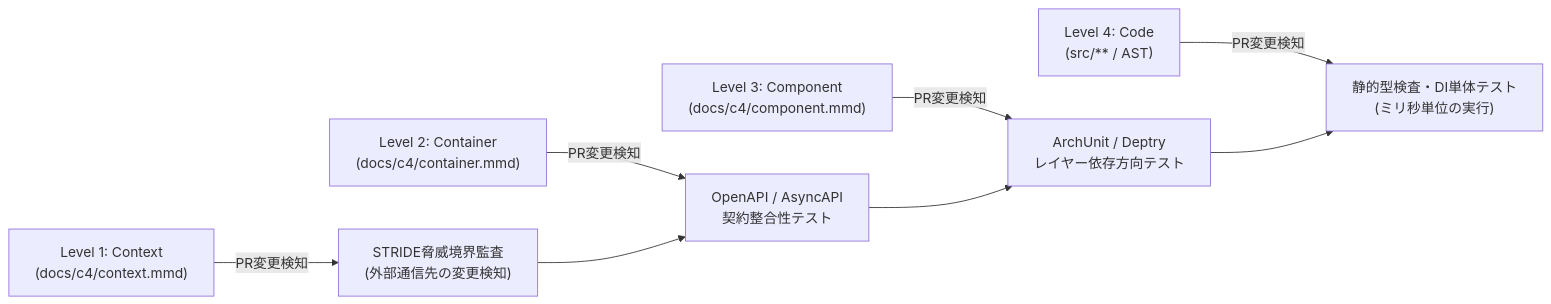
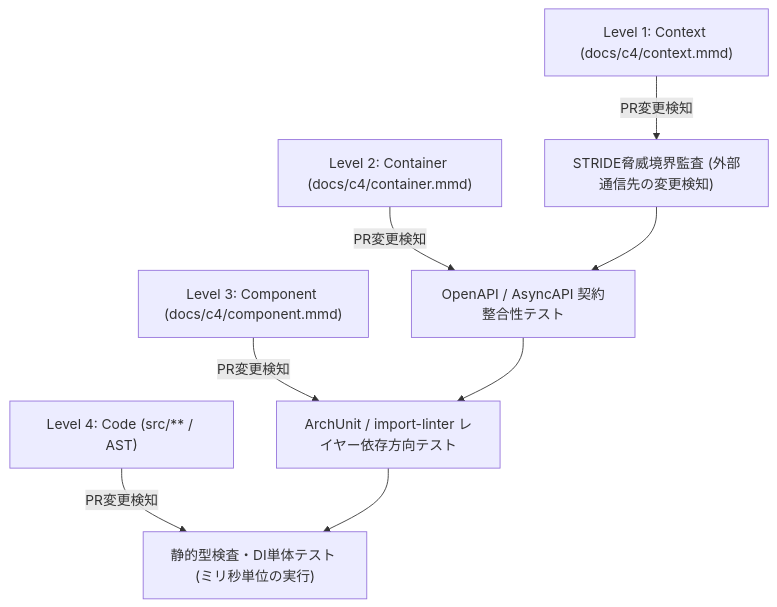
Before and after one commit to AnaharaYasuo/product-quality-management-book: the second of 3 diagrams in manuscript/06_chapter6.md, drawn with Mermaid. The commit also changed other lines of this file and 32 other files, not shown here.

````diff
--- a/manuscript/06_chapter6.md
+++ b/manuscript/06_chapter6.md
@@ -34,8 +34,8 @@
 ```mermaid
-flowchart LR
-    C1["Level 1: Context<br>(docs/c4/context.mmd)"] -->|PR変更検知| CI1["STRIDE脅威境界監査<br>(外部通信先の変更検知)"]
-    C2["Level 2: Container<br>(docs/c4/container.mmd)"] -->|PR変更検知| CI2["OpenAPI / AsyncAPI<br>契約整合性テスト"]
-    C3["Level 3: Component<br>(docs/c4/component.mmd)"] -->|PR変更検知| CI3["ArchUnit / Deptry<br>レイヤー依存方向テスト"]
-    C4_L["Level 4: Code<br>(src/** / AST)"] -->|PR変更検知| CI4["静的型検査・DI単体テスト<br>(ミリ秒単位の実行)"]
-    CI1 -->CI2 --> CI3 --> CI4
+flowchart TD
+    C1["Level 1: Context (docs/c4/context.mmd)"] -->|PR変更検知| CI1["STRIDE脅威境界監査 (外部通信先の変更検知)"]
+    C2["Level 2: Container (docs/c4/container.mmd)"] -->|PR変更検知| CI2["OpenAPI / AsyncAPI 契約整合性テスト"]
+    C3["Level 3: Component (docs/c4/component.mmd)"] -->|PR変更検知| CI3["ArchUnit / import-linter レイヤー依存方向テスト"]
+    C4_L["Level 4: Code (src/** / AST)"] -->|PR変更検知| CI4["静的型検査・DI単体テスト (ミリ秒単位の実行)"]
+    CI1 --> CI2 --> CI3 --> CI4
 ```
````
